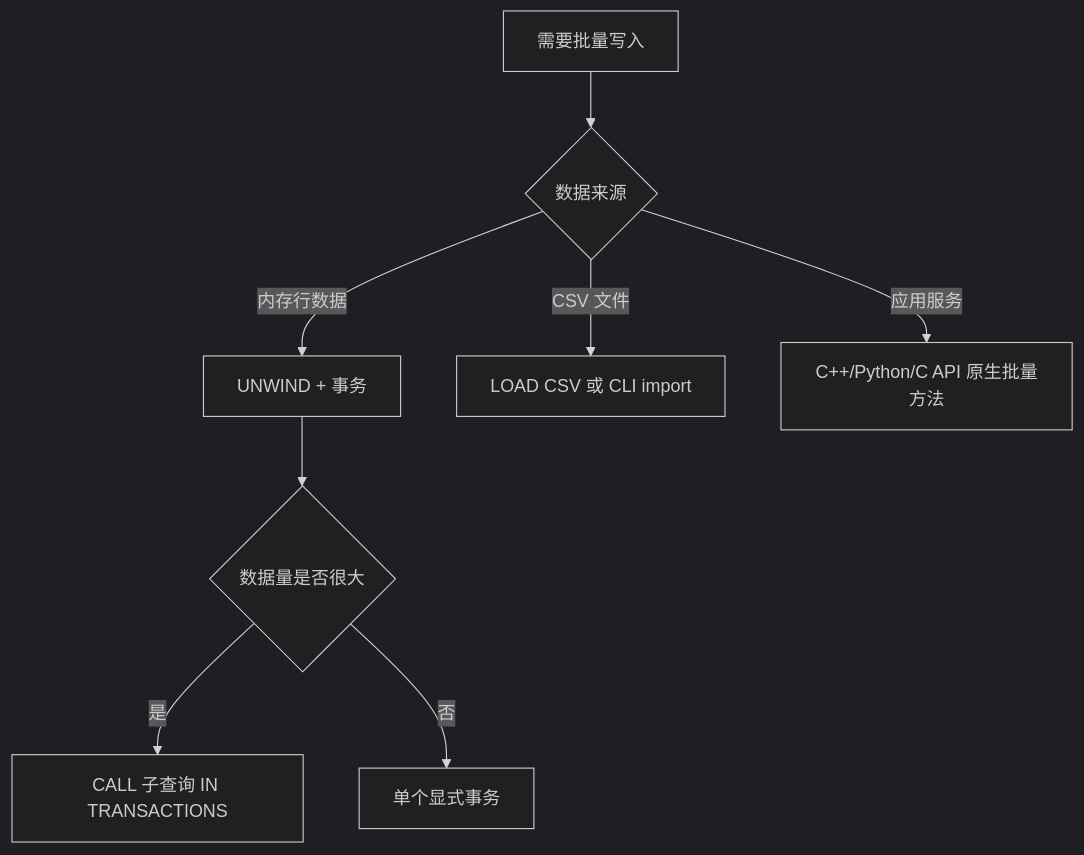
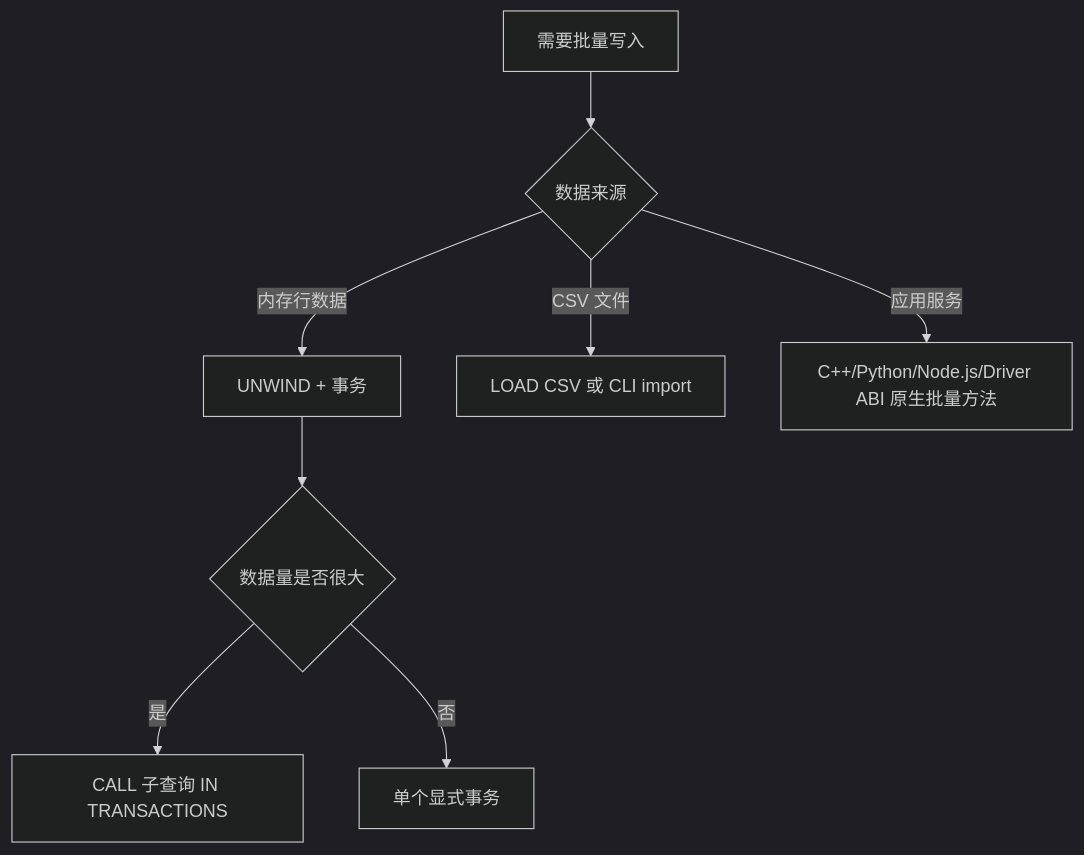
The diagram in docs/apps/docs/content/docs/zh/zyx/user-guide/batch-operations.mdx (nexepic/zyx), drawn with Mermaid (dark theme) before and after one commit. The commit also changed 88 other files, not shown here.

First line of the commit message:
Replace legacy C API with Driver ABI bindings

````diff
--- a/docs/apps/docs/content/docs/zh/zyx/user-guide/batch-operations.mdx
+++ b/docs/apps/docs/content/docs/zh/zyx/user-guide/batch-operations.mdx
@@ -17,10 +17,10 @@
 ```mermaid
 flowchart TD
   A[需要批量写入] --> B{数据来源}
   B -->|内存行数据| C[UNWIND + 事务]
   B -->|CSV 文件| D[LOAD CSV 或 CLI import]
-  B -->|应用服务| E[C++/Python/C API 原生批量方法]
+  B -->|应用服务| E[C++/Python/Node.js/Driver ABI 原生批量方法]
   C --> F{数据量是否很大}
   F -->|是| G[CALL 子查询 IN TRANSACTIONS]
   F -->|否| H[单个显式事务]
 ```
````
